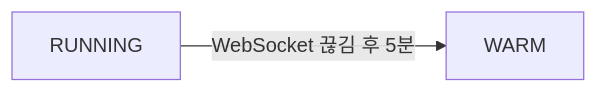
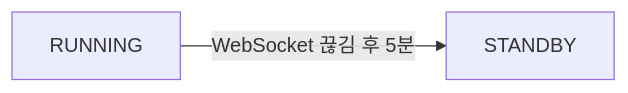
One commit to cagojeiger/code-hub changed the third of 9 diagrams in docs/spec_v2/flows.md. Above: the diagram before and after it, drawn with Mermaid. The commit also changed other lines of this file and 11 other files, not shown here.

````diff
--- a/docs/spec_v2/flows.md
+++ b/docs/spec_v2/flows.md
@@ -88,4 +90,4 @@
 ```mermaid
 flowchart LR
-    R[RUNNING] -->|WebSocket 끊김 후 5분| W[WARM]
+    R[RUNNING] -->|WebSocket 끊김 후 5분| S[STANDBY]
 ```
````
